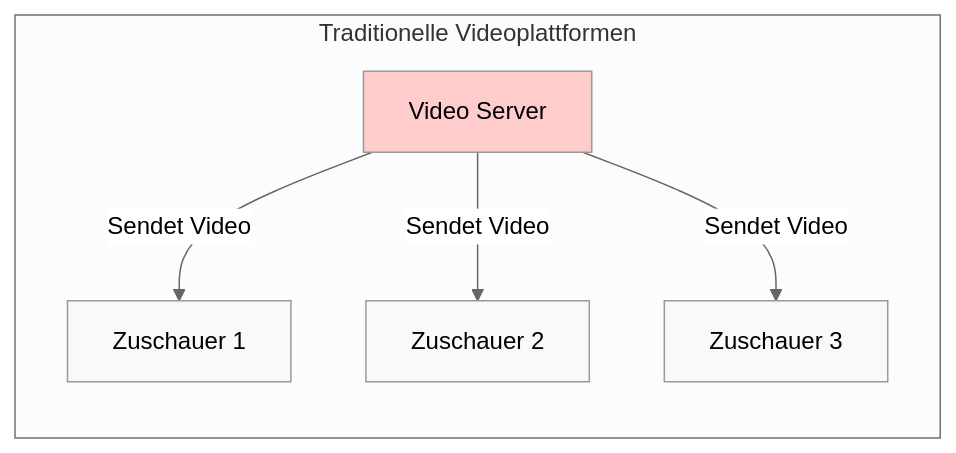
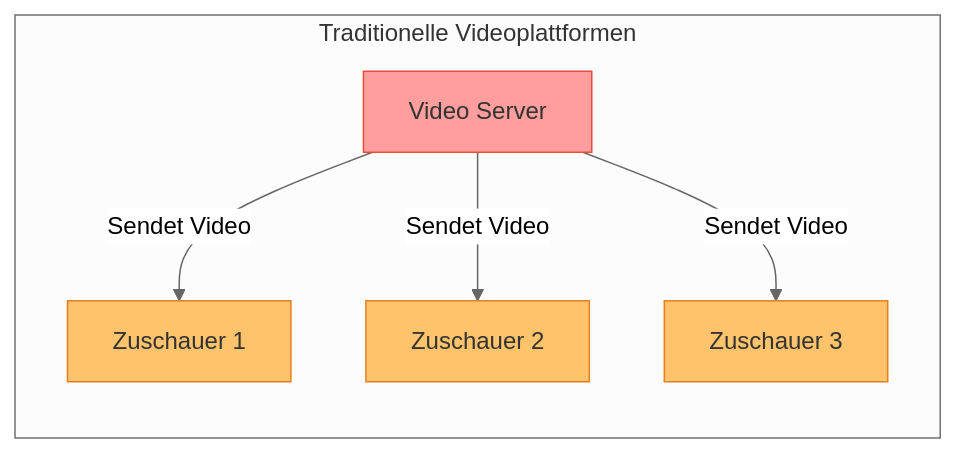
The second of 5 diagrams in slides.md (Y0ngg4n/peertube-presentation), drawn with Mermaid (neutral theme) before and after one commit. The commit also changed other lines of this file, not shown here.

Commit message:
Fix diagram theming

````diff
--- a/slides.md
+++ b/slides.md
@@ -73,13 +73,14 @@
 ```mermaid
 flowchart LR
     subgraph "Traditionelle Videoplattformen"
         S1[Video Server] -->|Sendet Video| V1[Zuschauer 1]
         S1 -->|Sendet Video| V2[Zuschauer 2]
         S1 -->|Sendet Video| V3[Zuschauer 3]
     end
     
-    style S1 fill:#ffcccc
-    style V1 fill:#f9f9f9
-    style V2 fill:#f9f9f9
-    style V3 fill:#f9f9f9
+    style S1 fill:#FF9E9D,stroke:#E74C3C,color:#333333
+    style V1 fill:#FFC36B,stroke:#E67E22,color:#333333
+    style V2 fill:#FFC36B,stroke:#E67E22,color:#333333
+    style V3 fill:#FFC36B,stroke:#E67E22,color:#333333
+
 ```
````
